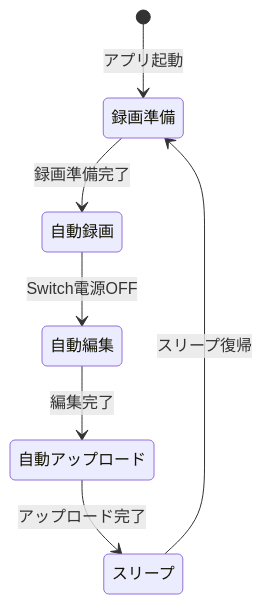
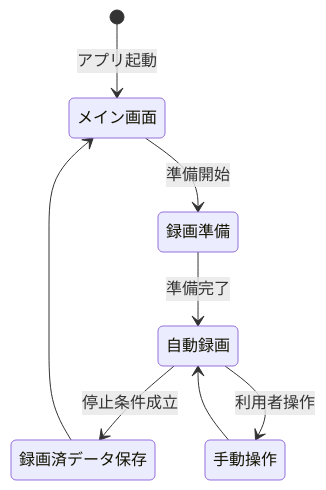
One commit to saw4405/splat-replay2 changed the seventh of 8 diagrams in docs/external_spec.md. Above: the diagram before and after it, drawn with Mermaid. The commit also changed other lines of this file and 36 other files, not shown here.

````diff
--- a/docs/external_spec.md
+++ b/docs/external_spec.md
@@ -244,9 +302,10 @@
 ```mermaid
 stateDiagram-v2
-    [*] --> 録画準備 : アプリ起動
-    録画準備 --> 自動録画 : 録画準備完了
-    自動録画 --> 自動編集 : Switch電源OFF
-    自動編集 --> 自動アップロード : 編集完了
-    自動アップロード --> スリープ : アップロード完了
-    スリープ --> 録画準備 : スリープ復帰
+    [*] --> メイン画面 : アプリ起動
+    メイン画面 --> 録画準備 : 準備開始
+    録画準備 --> 自動録画 : 準備完了
+    自動録画 --> 録画済データ保存 : 停止条件成立
+    自動録画 --> 手動操作 : 利用者操作
+    手動操作 --> 自動録画
+    録画済データ保存 --> メイン画面
 ```
````
